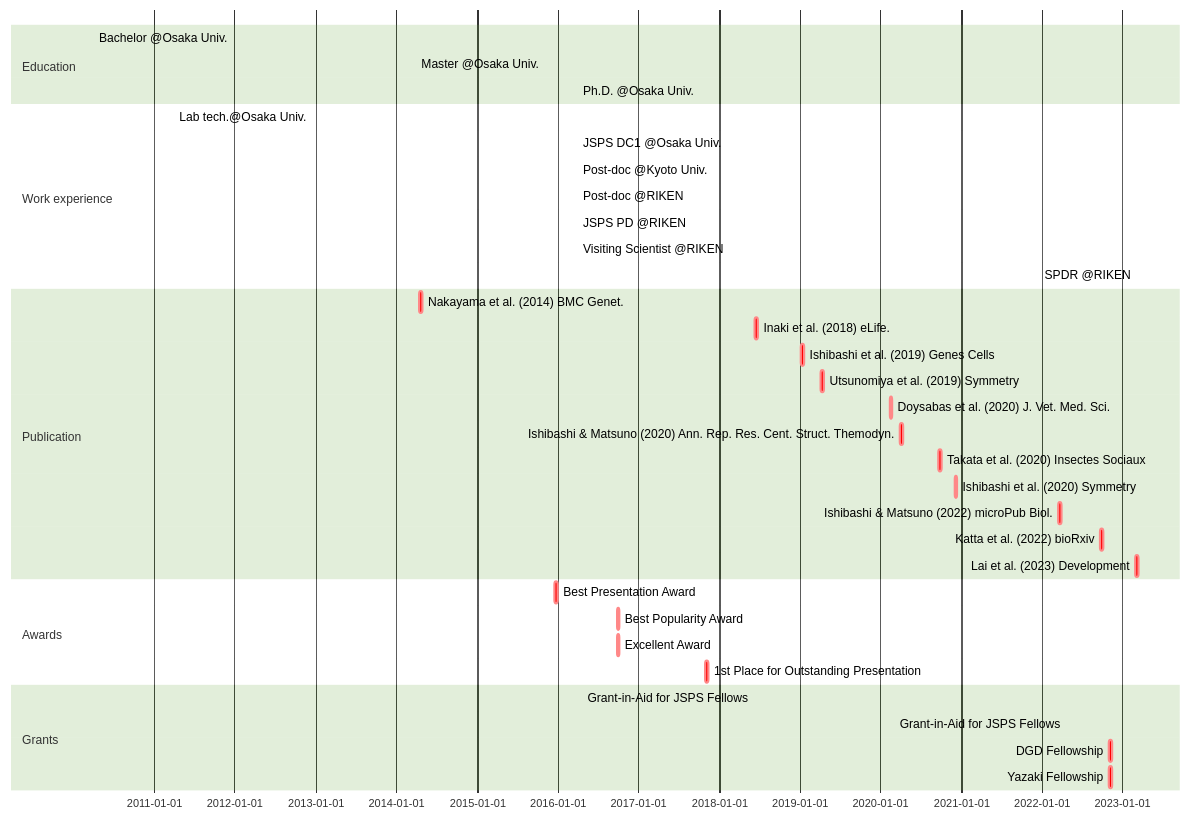
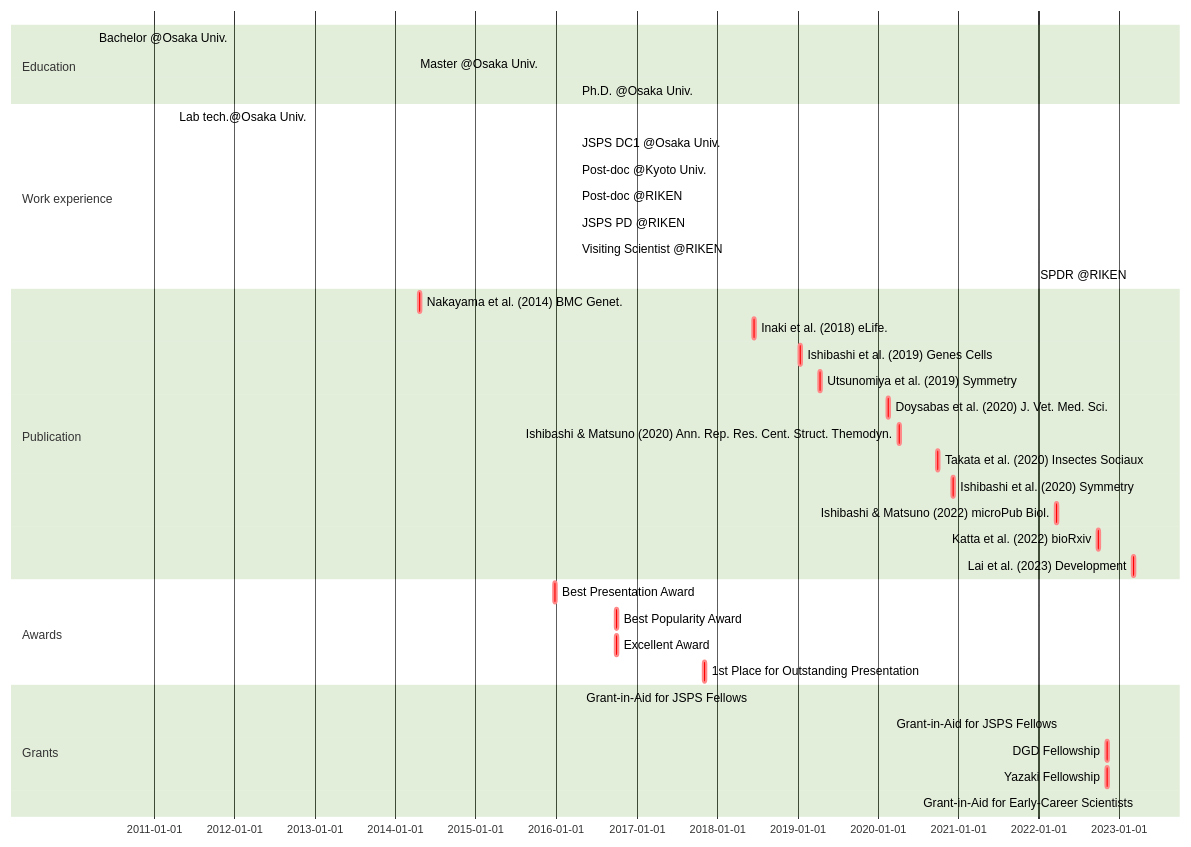
The diagram in _includes/mermaid-cv.md (ishibaki/ishibaki.github.io), drawn with Mermaid (forest theme) before and after one commit.

````diff
--- a/_includes/mermaid-cv.md
+++ b/_includes/mermaid-cv.md
@@ -1,37 +1,38 @@
 ```mermaid
 gantt
 section Education
   Bachelor @Osaka Univ. : BS, 2010-04-01, 2014-03-25
   Master @Osaka Univ.   : MS, 2014-04-01, 2016-03-28
   Ph.D. @Osaka Univ.    : Ph.D., 2016-04-01, 2019-03-25
 section Work experience
   Lab tech.@Osaka Univ.     : done, OU-tech, 2011-04-01, 2012-03-31
   JSPS DC1 @Osaka Univ.     : done, DC1, 2016-04-01, 2019-03-31
   Post-doc @Kyoto Univ.     : done, KU-postdoc, after DC1, 2021-04-30
   Post-doc @RIKEN           : done, RIKEN-postdoc, after KU-postdoc, 2022-03-31
   JSPS PD @RIKEN            : active, PD, after RIKEN-postdoc, 2023-03-31
   Visiting Scientist @RIKEN : active, Visit-Sci, after RIKEN-postdoc, 2023-03-31
   SPDR @RIKEN               : SPDR, after VisitSci, 2026-03-31
 section Publication
   Nakayama et al. (2014) BMC Genet.         : crit, nakayama2014, 2014-04-16, 2w
   Inaki et al. (2018) eLife.                : crit, inaki2018, 2018-06-12, 2w
   Ishibashi et al. (2019) Genes Cells       : crit, ishibashi2019, 2019-01-09, 2w
   Utsunomiya et al. (2019) Symmetry         : crit, utsunomiya2019, 2019-04-08, 2w
   Doysabas et al. (2020) J. Vet. Med. Sci.  : crit, doysabas2020, 2020-02-12, 2w
   Ishibashi & Matsuno (2020) Ann. Rep. Res. Cent. Struct. Themodyn. : crit, ishibashi2020a, 2020-04-01, 2w
   Takata et al. (2020) Insectes Sociaux     : crit, takata2020, 2020-09-22, 2w
   Ishibashi et al. (2020) Symmetry          : crit, ishibashi2020b, 2020-12-02, 2w
   Ishibashi & Matsuno (2022) microPub Biol. : crit, ishibashi2022, 2022-03-18, 2w
   Katta et al. (2022) bioRxiv               : crit, Katta2022, 2022-09-22, 2w
   Lai et al. (2023) Development             : crit, Lai2023, 2023-03-02, 2w
 section Awards
   Best Presentation Award                : crit, aw_1, 2015-12-20, 2w
   Best Popularity Award                  : crit, aw_2, 2016-09-25, 2w
   Excellent Award                        : crit, aw_3, 2016-09-25, 2w
   1st Place for Outstanding Presentation : crit, aw_4, 2017-11-01, 2w
 section Grants
   Grant-in-Aid for JSPS Fellows : done, grant_DC1, 2016-04-22, 2019-03-31
   Grant-in-Aid for JSPS Fellows : active, grant_PD, 2022-04-22, 2025-03-31
   DGD Fellowship:                 crit, dgd_fellowship, 2022-11-04, 2w
   Yazaki Fellowship:              crit, yazaki_fellowship, 2022-11-04, 2w
+  Grant-in-Aid for Early-Career Scientists : grant_ecs2023, 2023-04-01, 2026-03-31
 ```
````
